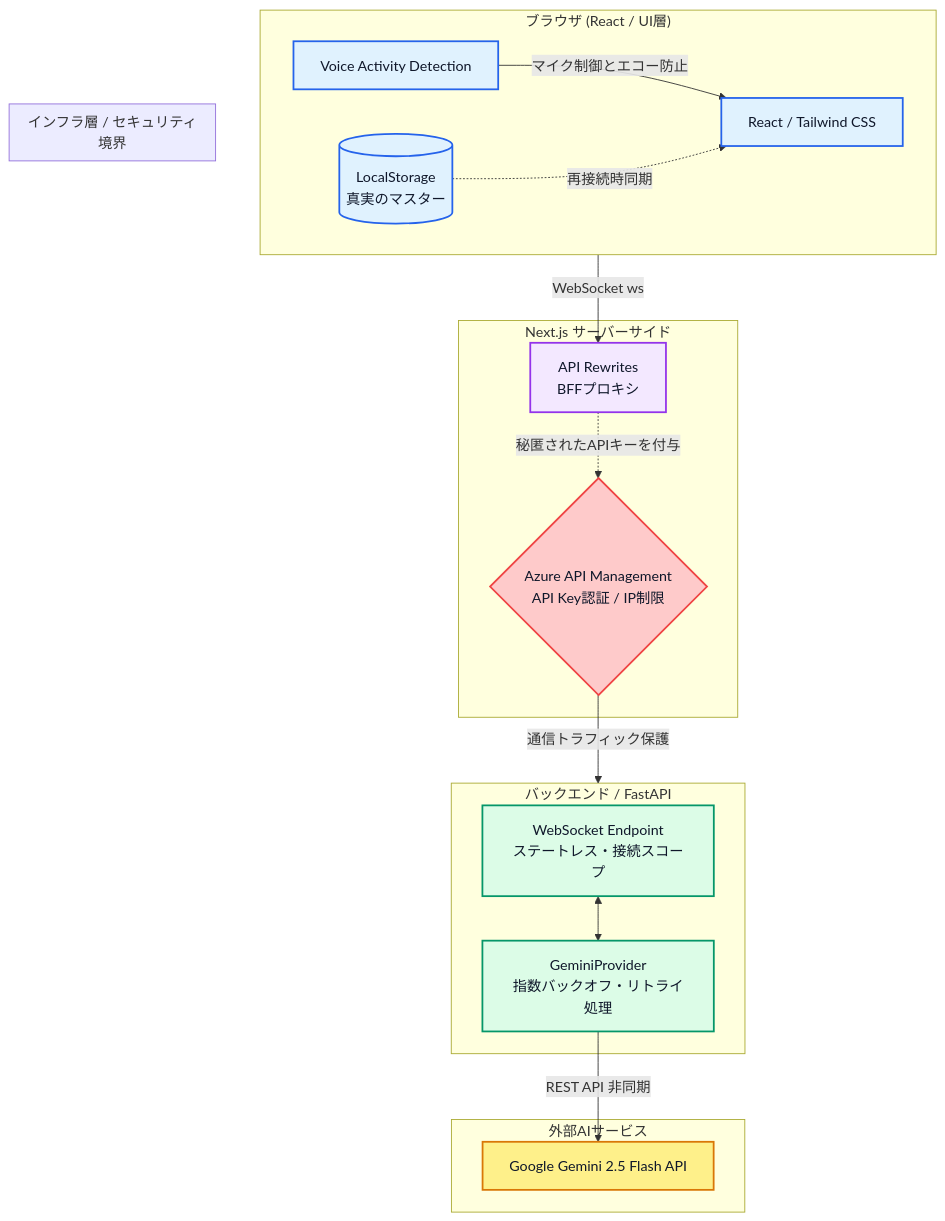
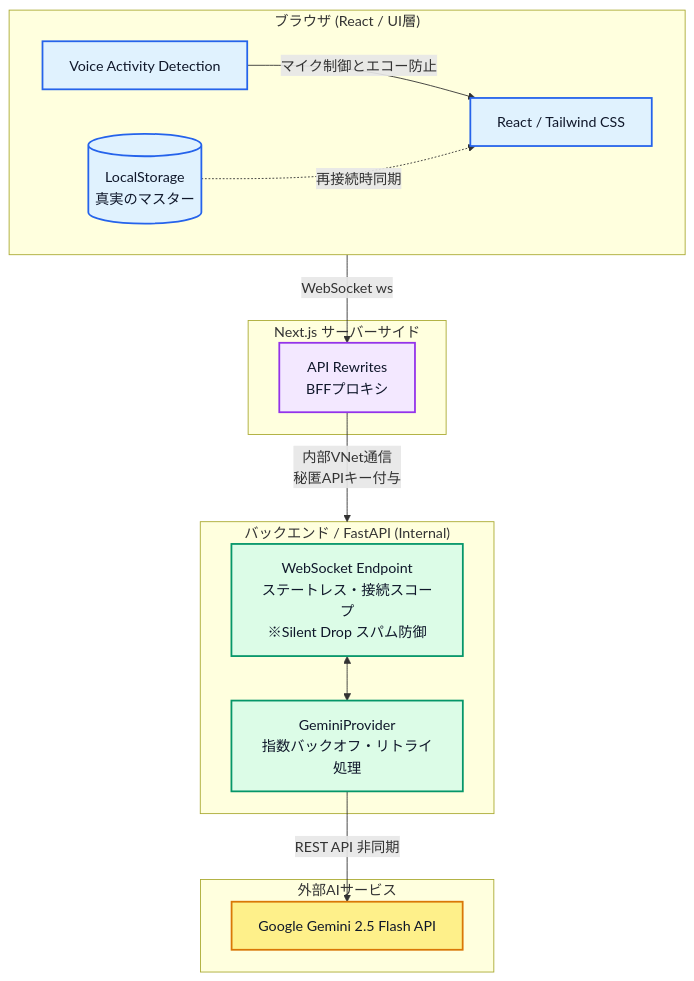
Before and after one commit to TakeruOtahara/Drill-Talk-Portfolio: the first of 3 diagrams in README.md, drawn with Mermaid. The commit also changed other lines of this file and 5 other files, not shown here.

Commit message:
feat: implement KEDA scaling, Silent Drop protection, and Warm-up Ping (v3.1)

````diff
--- a/README.md
+++ b/README.md
@@ -41,47 +43,40 @@
 ```mermaid
 graph TD
     subgraph Client ["ブラウザ (React / UI層)"]
         UI["React / Tailwind CSS"]
         VAD["Voice Activity Detection"]
         Storage[("LocalStorage<br>真実のマスター")]
         
         VAD -->|"マイク制御とエコー防止"| UI
         Storage -.->|"再接続時同期"| UI
     end
 
     subgraph BFF ["Next.js サーバーサイド"]
         Proxy["API Rewrites<br>BFFプロキシ"]
-        Proxy -.->|"秘匿されたAPIキーを付与"| APIM
     end
 
-    subgraph Gatekeeper ["インフラ層 / セキュリティ境界"]
-        APIM{"Azure API Management<br>API Key認証 / IP制限"}
-    end
-
-    subgraph Server ["バックエンド / FastAPI"]
-        WS["WebSocket Endpoint<br>ステートレス・接続スコープ"]
+    subgraph Server ["バックエンド / FastAPI (Internal)"]
+        WS["WebSocket Endpoint<br>ステートレス・接続スコープ<br>※Silent Drop スパム防御"]
         Logic["GeminiProvider<br>指数バックオフ・リトライ処理"]
         
         WS <--> Logic
     end
 
     subgraph External ["外部AIサービス"]
         LLM["Google Gemini 2.5 Flash API"]
     end
 
     Client -->|"WebSocket ws"| Proxy
-    APIM -->|"通信トラフィック保護"| Server
+    Proxy -->|"内部VNet通信<br>秘匿APIキー付与"| Server
     Logic -->|"REST API 非同期"| LLM
 
     classDef client fill:#e0f2fe,stroke:#2563eb,stroke-width:2px,color:#0f172a;
     classDef bff fill:#f3e8ff,stroke:#9333ea,stroke-width:2px,color:#0f172a;
-    classDef gatekeeper fill:#fecaca,stroke:#ef4444,stroke-width:2px,color:#0f172a;
     classDef server fill:#dcfce7,stroke:#059669,stroke-width:2px,color:#0f172a;
     classDef external fill:#fef08a,stroke:#d97706,stroke-width:2px,color:#0f172a;
 
     class UI,VAD,Storage client;
     class Proxy bff;
-    class APIM gatekeeper;
     class WS,Logic server;
     class LLM external;
 ```
````
